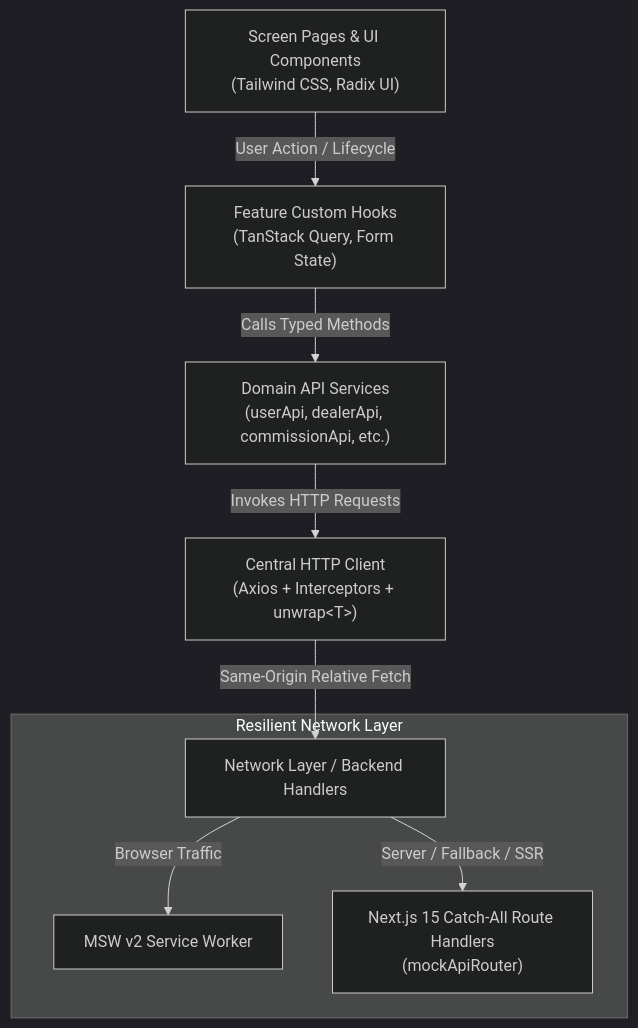
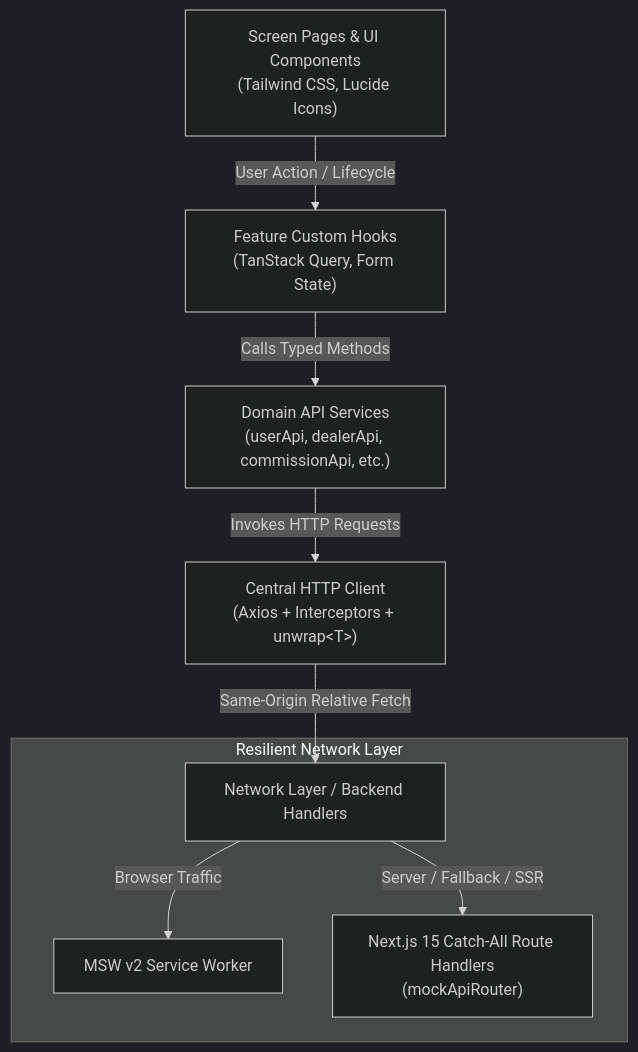
One commit to Adithyasai123/Scm changed the first of 4 diagrams in docs/architecture.md. Above: the diagram before and after it, drawn with Mermaid (dark theme). The commit also changed other lines of this file and 29 other files, not shown here.

````diff
--- a/docs/architecture.md
+++ b/docs/architecture.md
@@ -20,12 +20,12 @@
 ```mermaid
 graph TD
-    A["Screen Pages & UI Components<br/>(Tailwind CSS, Radix UI)"] -->|User Action / Lifecycle| B["Feature Custom Hooks<br/>(TanStack Query, Form State)"]
+    A["Screen Pages & UI Components<br/>(Tailwind CSS, Lucide Icons)"] -->|User Action / Lifecycle| B["Feature Custom Hooks<br/>(TanStack Query, Form State)"]
     B -->|Calls Typed Methods| C["Domain API Services<br/>(userApi, dealerApi, commissionApi, etc.)"]
     C -->|Invokes HTTP Requests| D["Central HTTP Client<br/>(Axios + Interceptors + unwrap&lt;T&gt;)"]
     D -->|Same-Origin Relative Fetch| E["Network Layer / Backend Handlers"]
     
     subgraph "Resilient Network Layer"
         E -->|Browser Traffic| F["MSW v2 Service Worker"]
         E -->|Server / Fallback / SSR| G["Next.js 15 Catch-All Route Handlers<br/>(mockApiRouter)"]
     end
 ```
````
